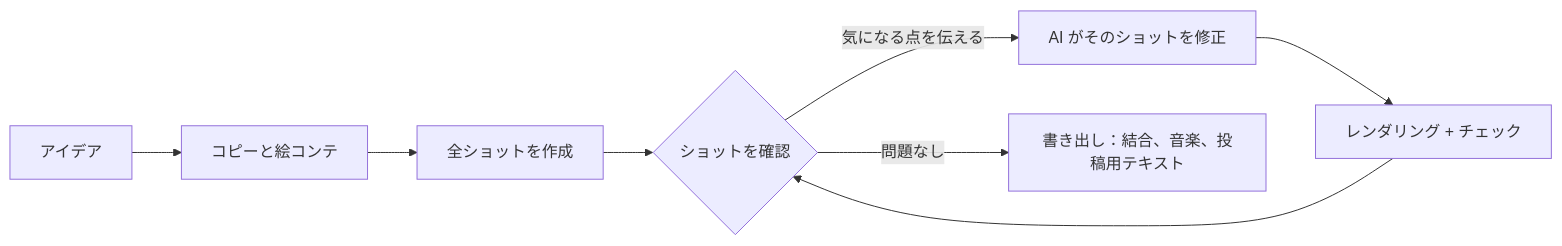
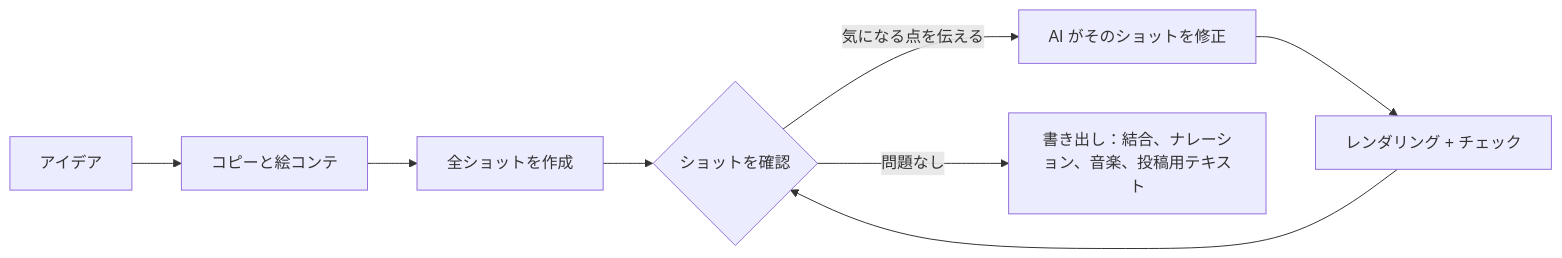
Before and after one commit to chihyungchang/Shotloop: the diagram in README.ja.md, drawn with Mermaid. The commit also changed other lines of this file and 161 other files, not shown here.

````diff
--- a/README.ja.md
+++ b/README.ja.md
@@ -109,8 +109,8 @@
 ```mermaid
 flowchart LR
   A[アイデア] --> B[コピーと絵コンテ]
   B --> C[全ショットを作成]
   C --> D{ショットを確認}
   D -- "気になる点を伝える" --> E[AI がそのショットを修正] --> F[レンダリング + チェック] --> D
-  D -- 問題なし --> G[書き出し：結合、音楽、投稿用テキスト]
+  D -- 問題なし --> G[書き出し：結合、ナレーション、音楽、投稿用テキスト]
 ```
````
